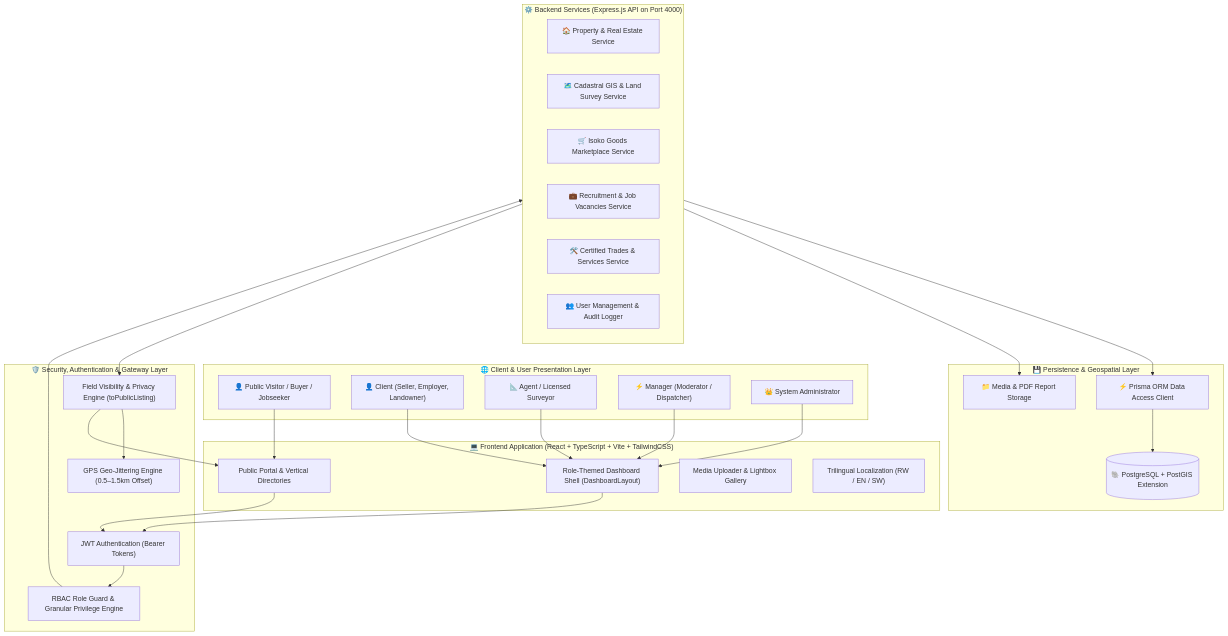
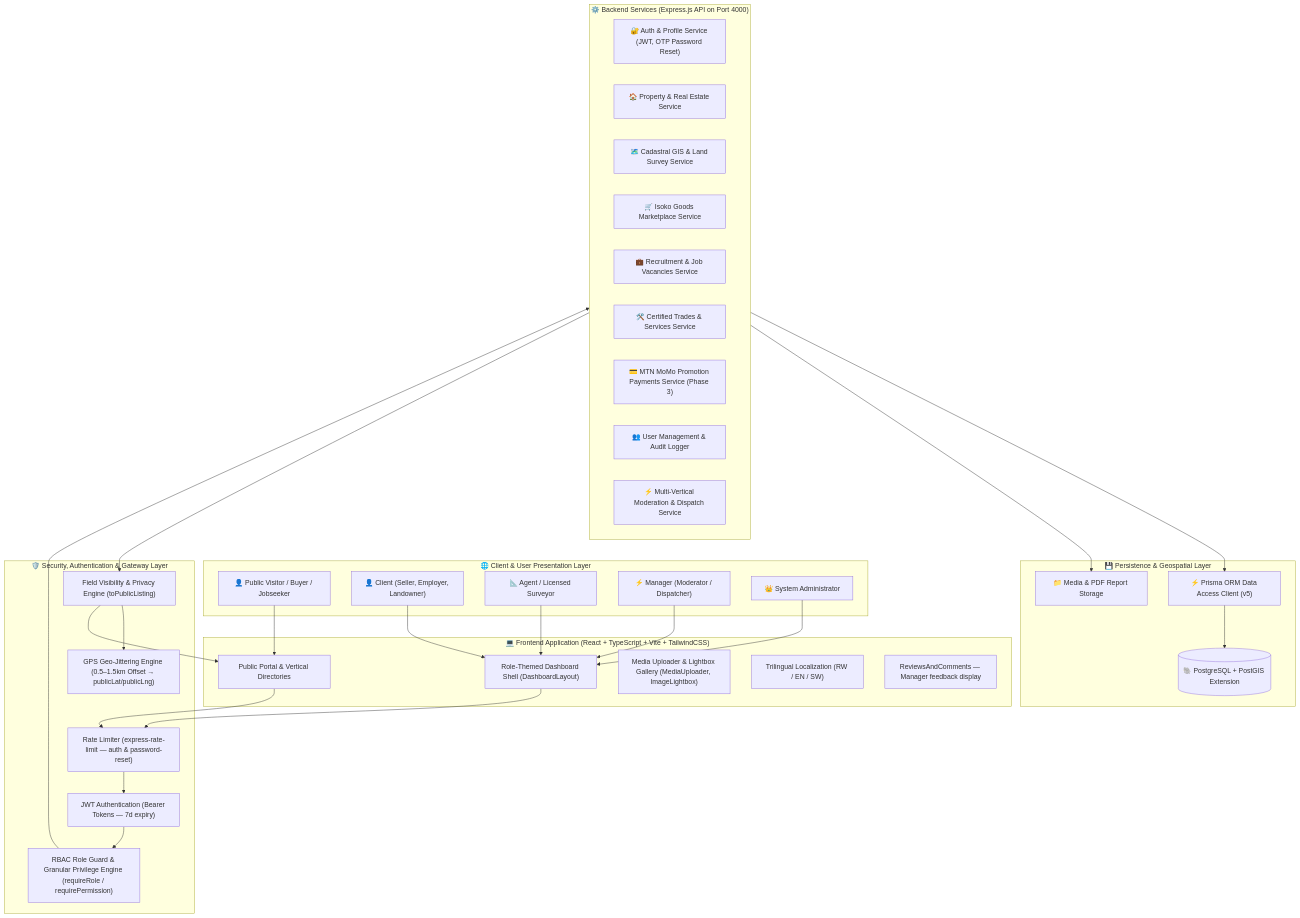
One commit to theophiledev/DUHUZA-GIS changed the first of 9 diagrams in docs/architecture_workflow_dataflow.md. Above: the diagram before and after it, drawn with Mermaid. The commit also changed other lines of this file and 43 other files, not shown here.

Commit message:
feat: implement password reset, manager item inspection modal, review comments system, and profile management

````diff
--- a/docs/architecture_workflow_dataflow.md
+++ b/docs/architecture_workflow_dataflow.md
@@ -9,54 +11,60 @@
 ```mermaid
 flowchart TB
     subgraph Clients["🌐 Client & User Presentation Layer"]
         PublicUser["👤 Public Visitor / Buyer / Jobseeker"]
         ClientUser["👤 Client (Seller, Employer, Landowner)"]
         AgentUser["📐 Agent / Licensed Surveyor"]
         ManagerUser["⚡ Manager (Moderator / Dispatcher)"]
         AdminUser["👑 System Administrator"]
     end
 
     subgraph Frontend["💻 Frontend Application (React + TypeScript + Vite + TailwindCSS)"]
         PublicApp["Public Portal & Vertical Directories"]
         DashboardShell["Role-Themed Dashboard Shell (DashboardLayout)"]
-        MediaSuite["Media Uploader & Lightbox Gallery"]
+        MediaSuite["Media Uploader & Lightbox Gallery (MediaUploader, ImageLightbox)"]
         I18nEngine["Trilingual Localization (RW / EN / SW)"]
+        ReviewsUI["ReviewsAndComments — Manager feedback display"]
     end
 
     subgraph Security["🛡️ Security, Authentication & Gateway Layer"]
-        AuthMiddleware["JWT Authentication (Bearer Tokens)"]
-        RBACMiddleware["RBAC Role Guard & Granular Privilege Engine"]
+        AuthMiddleware["JWT Authentication (Bearer Tokens — 7d expiry)"]
+        RateLimiter["Rate Limiter (express-rate-limit — auth & password-reset)"]
+        RBACMiddleware["RBAC Role Guard & Granular Privilege Engine (requireRole / requirePermission)"]
         VisibilityEngine["Field Visibility & Privacy Engine (toPublicListing)"]
-        JitterService["GPS Geo-Jittering Engine (0.5–1.5km Offset)"]
+        JitterService["GPS Geo-Jittering Engine (0.5–1.5km Offset → publicLat/publicLng)"]
     end
 
     subgraph BackendAPI["⚙️ Backend Services (Express.js API on Port 4000)"]
+        AuthService["🔐 Auth & Profile Service (JWT, OTP Password Reset)"]
         ListingService["🏠 Property & Real Estate Service"]
         GisService["🗺️ Cadastral GIS & Land Survey Service"]
         MarketService["🛒 Isoko Goods Marketplace Service"]
         JobsService["💼 Recruitment & Job Vacancies Service"]
         ServicesService["🛠️ Certified Trades & Services Service"]
+        PaymentsService["💳 MTN MoMo Promotion Payments Service (Phase 3)"]
         AdminService["👥 User Management & Audit Logger"]
+        ManagerService["⚡ Multi-Vertical Moderation & Dispatch Service"]
     end
 
     subgraph Database["💾 Persistence & Geospatial Layer"]
         PostgresDB[("🐘 PostgreSQL + PostGIS Extension")]
-        PrismaORM["⚡ Prisma ORM Data Access Client"]
+        PrismaORM["⚡ Prisma ORM Data Access Client (v5)"]
         MediaFiles["📁 Media & PDF Report Storage"]
     end
 
     %% Connections
     PublicUser --> PublicApp
     ClientUser & AgentUser & ManagerUser & AdminUser --> DashboardShell
-    PublicApp & DashboardShell --> AuthMiddleware
+    PublicApp & DashboardShell --> RateLimiter
+    RateLimiter --> AuthMiddleware
     AuthMiddleware --> RBACMiddleware
     RBACMiddleware --> BackendAPI
 
     BackendAPI --> PrismaORM
     PrismaORM --> PostgresDB
     BackendAPI --> MediaFiles
 
     BackendAPI --> VisibilityEngine
     VisibilityEngine --> JitterService
     VisibilityEngine --> PublicApp
 ```
````
